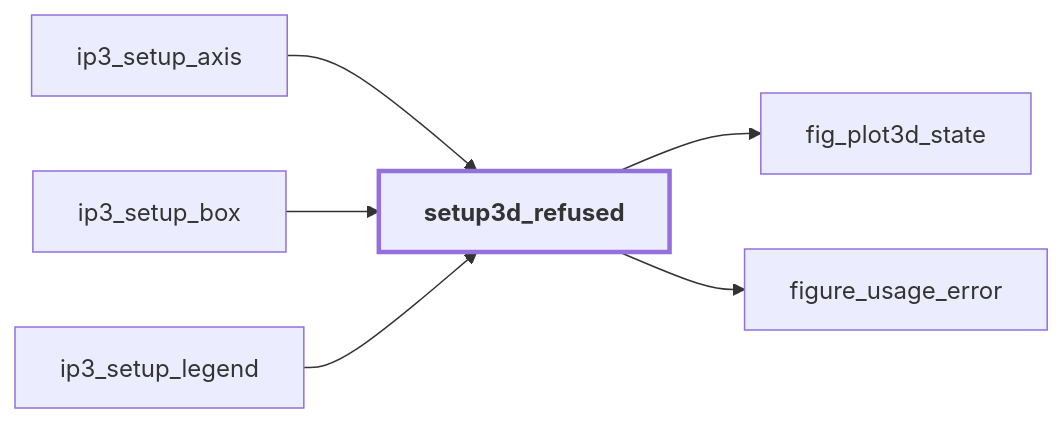
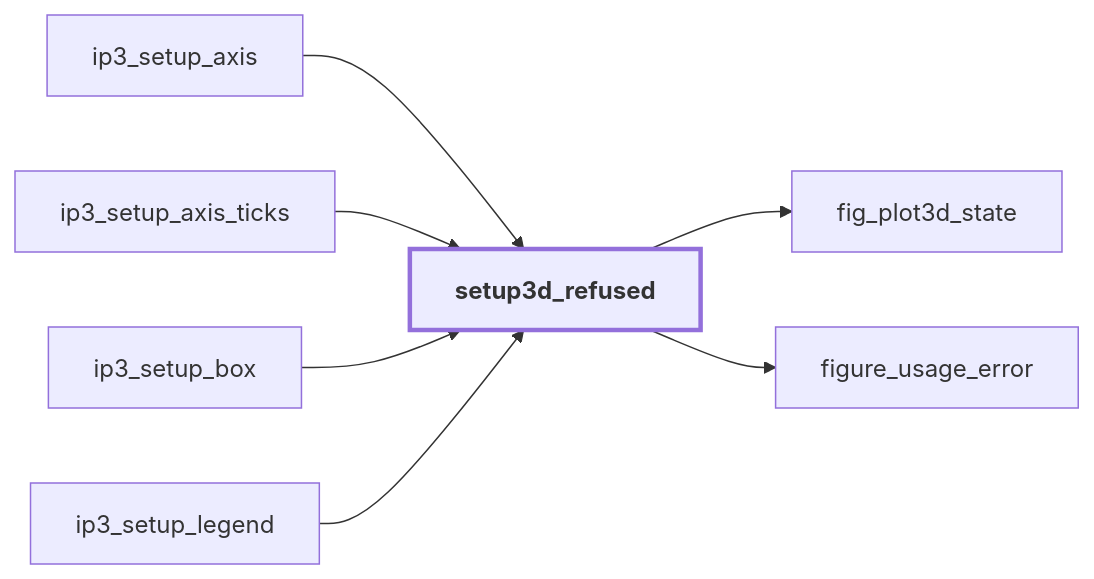
Diagram 32 of 44 in docs/api/src/lib/figure_implot3d.md (szaghi/figure), drawn with Mermaid before and after one commit. The commit also changed other lines of this file and 36 other files, not shown here.

First line of the commit message:
feat(plot3d): colours and sizes per point, axis formats and ticks, ImPlot3D's style by name

````diff
--- a/docs/api/src/lib/figure_implot3d.md
+++ b/docs/api/src/lib/figure_implot3d.md
@@ -1518,15 +1595,17 @@
 ```mermaid
 flowchart LR
   ip3_setup_axis["ip3_setup_axis"] --> setup3d_refused["setup3d_refused"]
+  ip3_setup_axis_ticks["ip3_setup_axis_ticks"] --> setup3d_refused["setup3d_refused"]
   ip3_setup_box["ip3_setup_box"] --> setup3d_refused["setup3d_refused"]
   ip3_setup_legend["ip3_setup_legend"] --> setup3d_refused["setup3d_refused"]
   setup3d_refused["setup3d_refused"] --> fig_plot3d_state["fig_plot3d_state"]
   setup3d_refused["setup3d_refused"] --> figure_usage_error["figure_usage_error"]
   classDef focus stroke-width:3px,font-weight:bold
   class setup3d_refused focus
   click ip3_setup_axis href "#ip3-setup-axis" "ip3_setup_axis"
+  click ip3_setup_axis_ticks href "#ip3-setup-axis-ticks" "ip3_setup_axis_ticks"
   click ip3_setup_box href "#ip3-setup-box" "ip3_setup_box"
   click ip3_setup_legend href "#ip3-setup-legend" "ip3_setup_legend"
   click fig_plot3d_state href "figure_c_native.html#fig-plot3d-state" "fig_plot3d_state"
   click figure_usage_error href "figure_base.html#figure-usage-error" "figure_usage_error"
 ```
````
